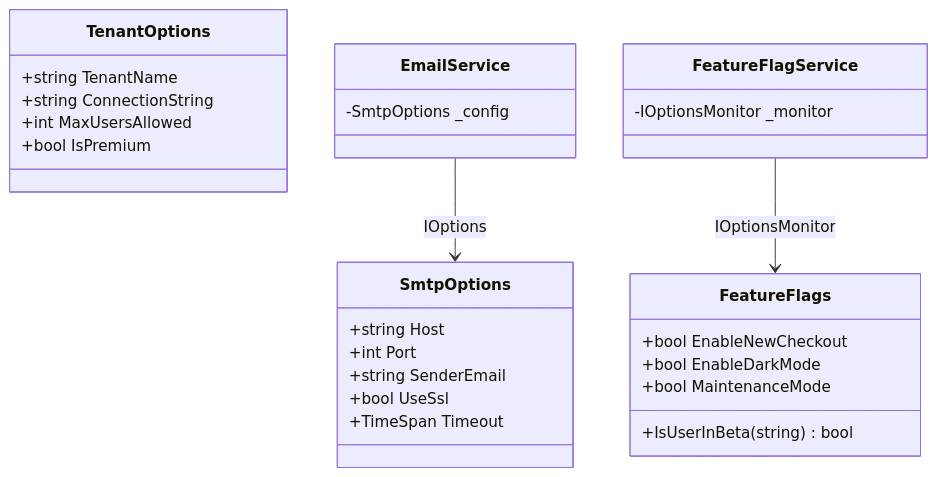
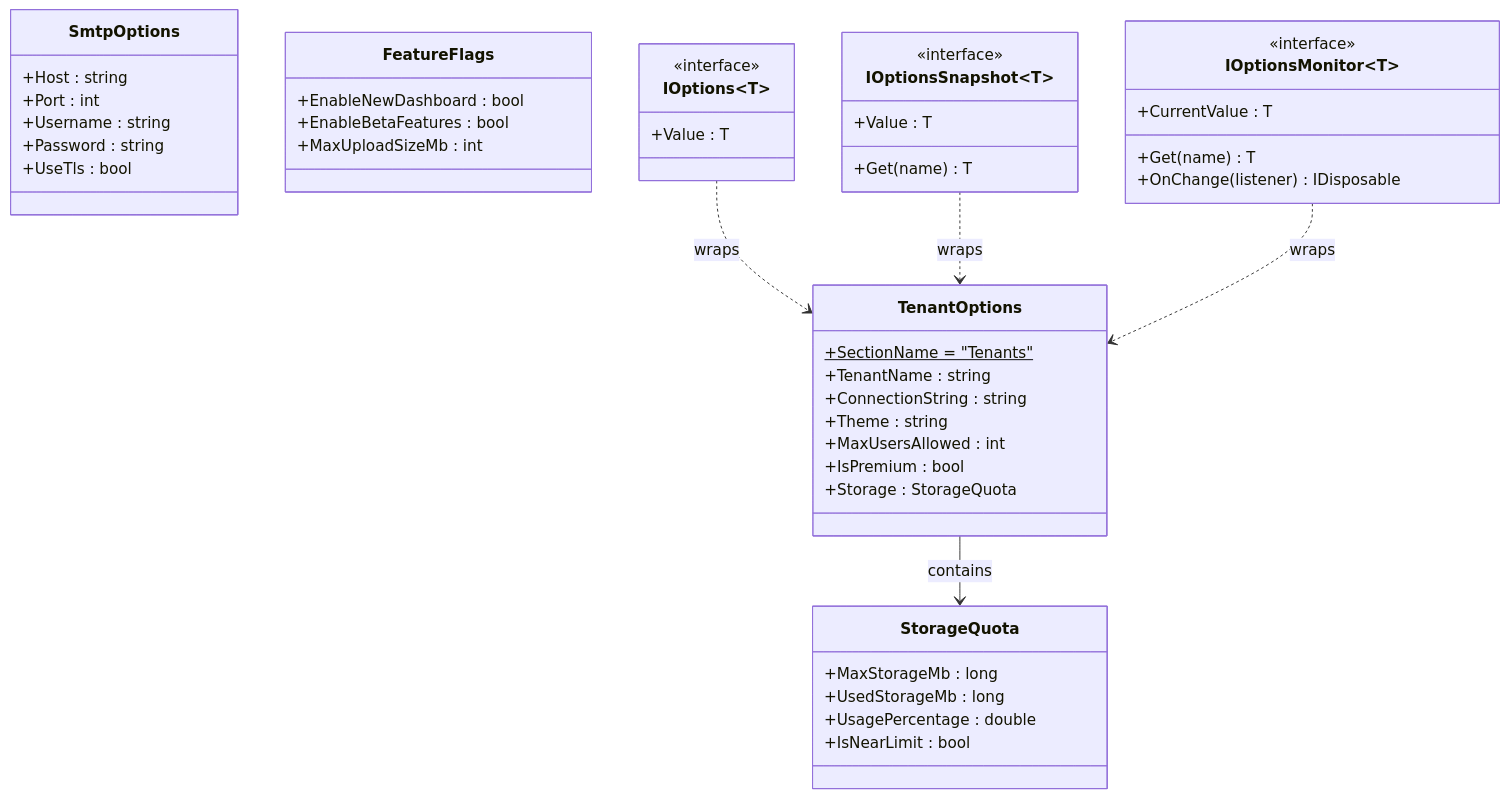
One commit to senapatisantosh/DotnetAdvanceDesignPattern changed the first of 2 diagrams in src/DesignPatterns.Enterprise/OptionsPattern/README.md. Above: the diagram before and after it, drawn with Mermaid. The commit also changed other lines of this file and 3 other files, not shown here.

````diff
--- a/src/DesignPatterns.Enterprise/OptionsPattern/README.md
+++ b/src/DesignPatterns.Enterprise/OptionsPattern/README.md
@@ -75,31 +75,56 @@
 ```mermaid
 classDiagram
-    class SmtpOptions {
-        +string Host
-        +int Port
-        +string SenderEmail
-        +bool UseSsl
-        +TimeSpan Timeout
-    }
-    class FeatureFlags {
-        +bool EnableNewCheckout
-        +bool EnableDarkMode
-        +bool MaintenanceMode
-        +IsUserInBeta(string) bool
-    }
     class TenantOptions {
-        +string TenantName
-        +string ConnectionString
-        +int MaxUsersAllowed
-        +bool IsPremium
-    }
-    class EmailService {
-        -SmtpOptions _config
-    }
-    class FeatureFlagService {
-        -IOptionsMonitor _monitor
+        +SectionName = "Tenants"$
+        +TenantName : string
+        +ConnectionString : string
+        +Theme : string
+        +MaxUsersAllowed : int
+        +IsPremium : bool
+        +Storage : StorageQuota
     }
 
-    EmailService --> SmtpOptions : IOptions
-    FeatureFlagService --> FeatureFlags : IOptionsMonitor
+    class StorageQuota {
+        +MaxStorageMb : long
+        +UsedStorageMb : long
+        +UsagePercentage : double
+        +IsNearLimit : bool
+    }
+
+    class SmtpOptions {
+        +Host : string
+        +Port : int
+        +Username : string
+        +Password : string
+        +UseTls : bool
+    }
+
+    class FeatureFlags {
+        +EnableNewDashboard : bool
+        +EnableBetaFeatures : bool
+        +MaxUploadSizeMb : int
+    }
+
+    class IOptions~T~ {
+        <<interface>>
+        +Value : T
+    }
+
+    class IOptionsSnapshot~T~ {
+        <<interface>>
+        +Value : T
+        +Get(name) T
+    }
+
+    class IOptionsMonitor~T~ {
+        <<interface>>
+        +CurrentValue : T
+        +Get(name) T
+        +OnChange(listener) IDisposable
+    }
+
+    TenantOptions --> StorageQuota : contains
+    IOptions~T~ ..> TenantOptions : wraps
+    IOptionsSnapshot~T~ ..> TenantOptions : wraps
+    IOptionsMonitor~T~ ..> TenantOptions : wraps
 ```
````
